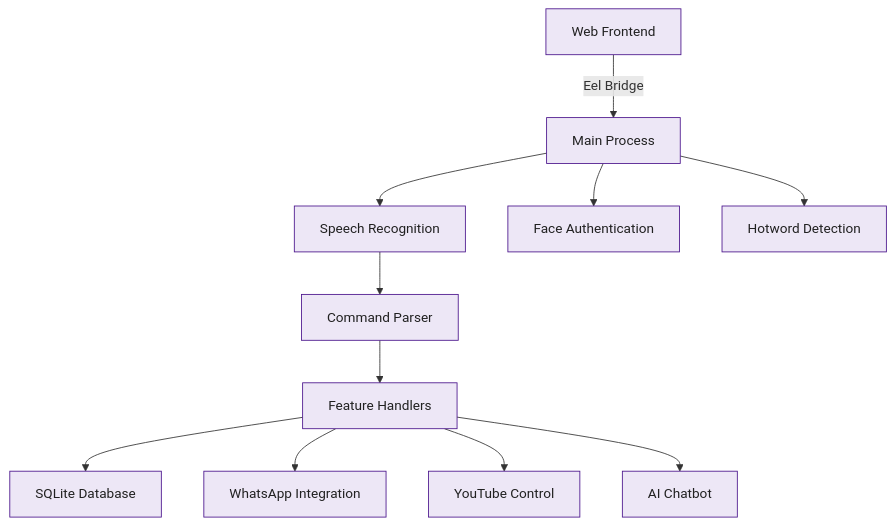
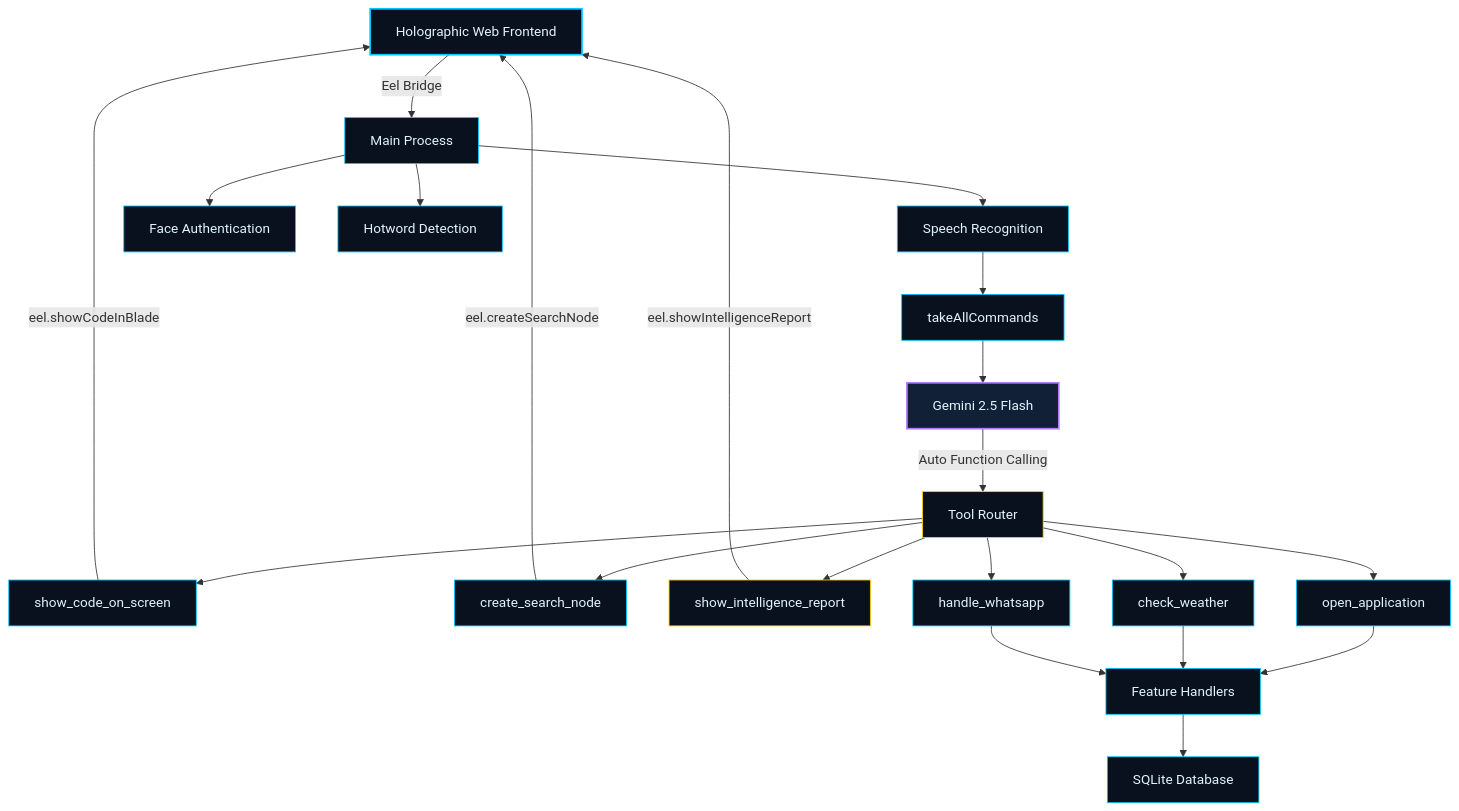
Before and after one commit to ZOMA827/Jarvis: the diagram in README.md, drawn with Mermaid. The commit also changed other lines of this file, not shown here.

````diff
--- a/README.md
+++ b/README.md
@@ -103,27 +130,40 @@
 ```mermaid
 graph TD
-    A[Web Frontend] -->|Eel Bridge| B[Main Process]
+    A[Holographic Web Frontend] -->|Eel Bridge| B[Main Process]
     B --> C[Speech Recognition]
     B --> D[Face Authentication]
     B --> E[Hotword Detection]
-    C --> F[Command Parser]
-    F --> G[Feature Handlers]
-    G --> H[SQLite Database]
-    G --> I[WhatsApp Integration]
-    G --> J[YouTube Control]
-    G --> K[AI Chatbot]
+    C --> F[takeAllCommands]
+    F --> G[Gemini 2.5 Flash]
+    G -->|Auto Function Calling| H[Tool Router]
+    H --> H1[show_code_on_screen]
+    H --> H2[create_search_node]
+    H --> H3[show_intelligence_report]
+    H --> H4[open_application]
+    H --> H5[check_weather]
+    H --> H6[handle_whatsapp]
+    H1 -->|eel.showCodeInBlade| A
+    H2 -->|eel.createSearchNode| A
+    H3 -->|eel.showIntelligenceReport| A
+    H4 --> I[Feature Handlers]
+    H5 --> I
+    H6 --> I
+    I --> J[SQLite Database]
 
-    %% Consistent style for all nodes
-    style A fill:#ede7f6,stroke:#4a148c,stroke-width:1px,color:#212121
-    style B fill:#ede7f6,stroke:#4a148c,stroke-width:1px,color:#212121
-    style C fill:#ede7f6,stroke:#4a148c,stroke-width:1px,color:#212121
-    style D fill:#ede7f6,stroke:#4a148c,stroke-width:1px,color:#212121
-    style E fill:#ede7f6,stroke:#4a148c,stroke-width:1px,color:#212121
-    style F fill:#ede7f6,stroke:#4a148c,stroke-width:1px,color:#212121
-    style G fill:#ede7f6,stroke:#4a148c,stroke-width:1px,color:#212121
-    style H fill:#ede7f6,stroke:#4a148c,stroke-width:1px,color:#212121
-    style I fill:#ede7f6,stroke:#4a148c,stroke-width:1px,color:#212121
-    style J fill:#ede7f6,stroke:#4a148c,stroke-width:1px,color:#212121
-    style K fill:#ede7f6,stroke:#4a148c,stroke-width:1px,color:#212121
-
+    style A fill:#0a111e,stroke:#00c8ff,stroke-width:2px,color:#e0f4ff
+    style B fill:#0a111e,stroke:#00c8ff,stroke-width:1px,color:#e0f4ff
+    style C fill:#0a111e,stroke:#00c8ff,stroke-width:1px,color:#e0f4ff
+    style D fill:#0a111e,stroke:#00c8ff,stroke-width:1px,color:#e0f4ff
+    style E fill:#0a111e,stroke:#00c8ff,stroke-width:1px,color:#e0f4ff
+    style F fill:#0a111e,stroke:#00c8ff,stroke-width:1px,color:#e0f4ff
+    style G fill:#112036,stroke:#b47bff,stroke-width:2px,color:#e0f4ff
+    style H fill:#0a111e,stroke:#ffc800,stroke-width:1px,color:#e0f4ff
+    style H1 fill:#0a111e,stroke:#00c8ff,stroke-width:1px,color:#e0f4ff
+    style H2 fill:#0a111e,stroke:#00c8ff,stroke-width:1px,color:#e0f4ff
+    style H3 fill:#0a111e,stroke:#ffc800,stroke-width:1px,color:#e0f4ff
+    style H4 fill:#0a111e,stroke:#00c8ff,stroke-width:1px,color:#e0f4ff
+    style H5 fill:#0a111e,stroke:#00c8ff,stroke-width:1px,color:#e0f4ff
+    style H6 fill:#0a111e,stroke:#00c8ff,stroke-width:1px,color:#e0f4ff
+    style I fill:#0a111e,stroke:#00c8ff,stroke-width:1px,color:#e0f4ff
+    style J fill:#0a111e,stroke:#00c8ff,stroke-width:1px,color:#e0f4ff
 ```
````
